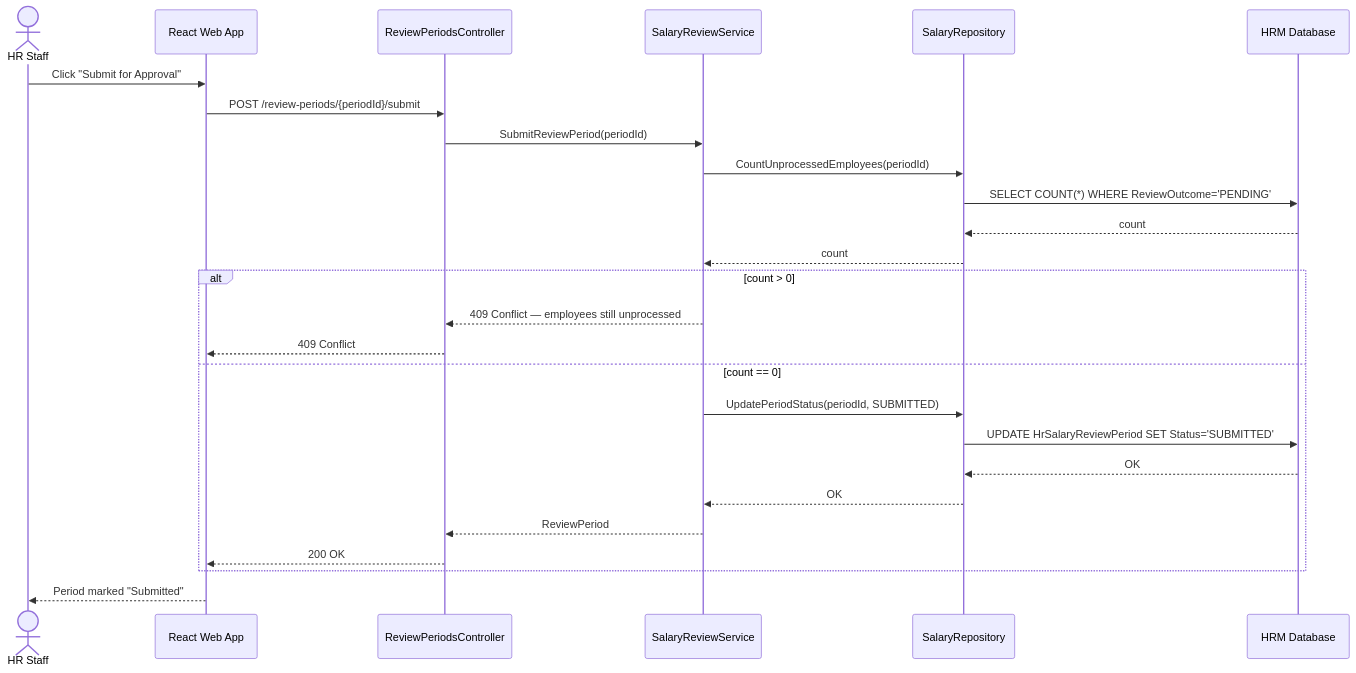
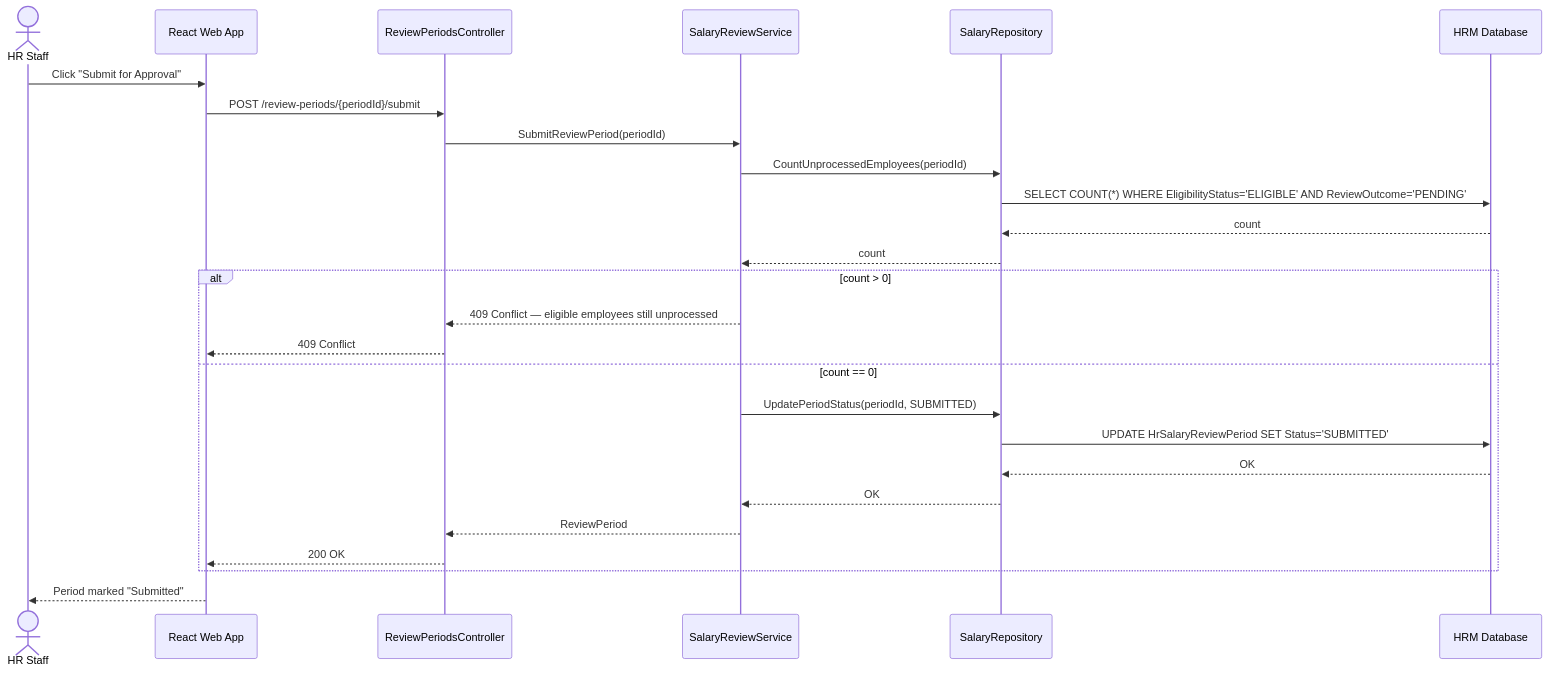
Before and after one commit to sang2197/QuanLyNhanSu-NguyenVanSang: the second of 7 diagrams in Docs/DetailedDesign/SequenceDiagrams.md, drawn with Mermaid. The commit also changed other lines of this file and 20 other files, not shown here.

````diff
--- a/Docs/DetailedDesign/SequenceDiagrams.md
+++ b/Docs/DetailedDesign/SequenceDiagrams.md
@@ -54,29 +54,29 @@
 ```mermaid
 sequenceDiagram
     actor HR as HR Staff
     participant FE as React Web App
     participant API as ReviewPeriodsController
     participant SVC as SalaryReviewService
     participant REPO as SalaryRepository
     participant DB as HRM Database
 
     HR->>FE: Click "Submit for Approval"
     FE->>API: POST /review-periods/{periodId}/submit
     API->>SVC: SubmitReviewPeriod(periodId)
     SVC->>REPO: CountUnprocessedEmployees(periodId)
-    REPO->>DB: SELECT COUNT(*) WHERE ReviewOutcome='PENDING'
+    REPO->>DB: SELECT COUNT(*) WHERE EligibilityStatus='ELIGIBLE' AND ReviewOutcome='PENDING'
     DB-->>REPO: count
     REPO-->>SVC: count
     alt count > 0
-        SVC-->>API: 409 Conflict — employees still unprocessed
+        SVC-->>API: 409 Conflict — eligible employees still unprocessed
         API-->>FE: 409 Conflict
     else count == 0
         SVC->>REPO: UpdatePeriodStatus(periodId, SUBMITTED)
         REPO->>DB: UPDATE HrSalaryReviewPeriod SET Status='SUBMITTED'
         DB-->>REPO: OK
         REPO-->>SVC: OK
         SVC-->>API: ReviewPeriod
         API-->>FE: 200 OK
     end
     FE-->>HR: Period marked "Submitted"
 ```
````
